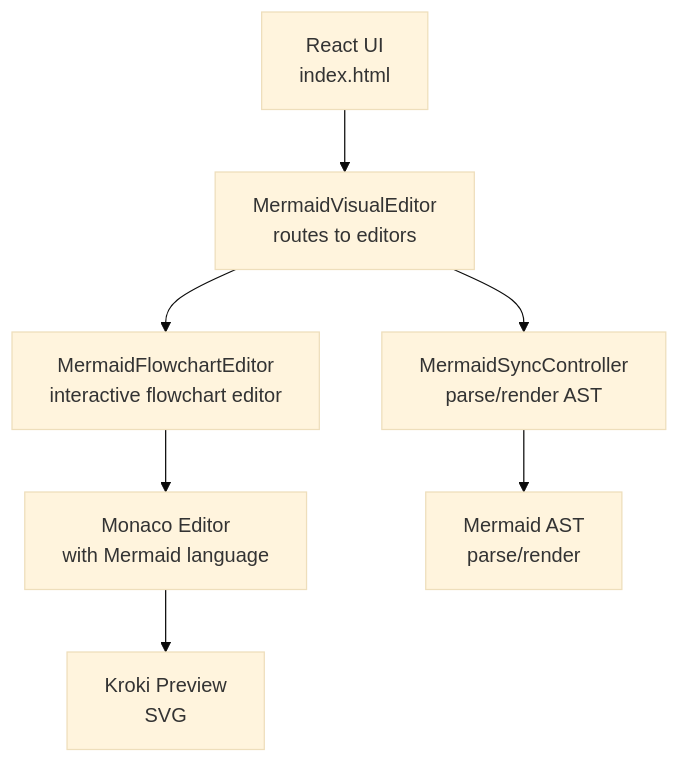
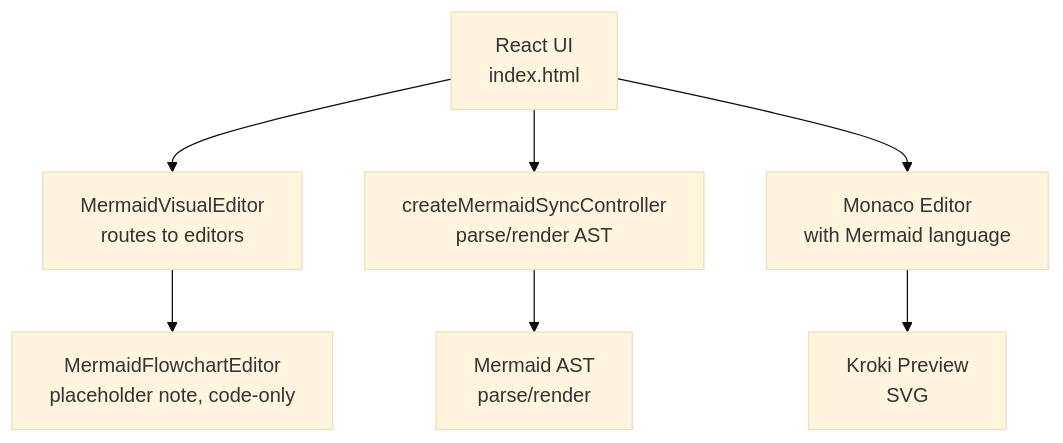
The first of 5 diagrams in .qoder/repowiki/en/content/Diagram Types and Formats/Mermaid Diagrams/Flowcharts and Flowchart Types.md (ongchonghian/universal-diagram-editor), drawn with Mermaid (base theme) before and after one commit. The commit also changed other lines of this file and 31 other files, not shown here.

````diff
--- a/.qoder/repowiki/en/content/Diagram Types and Formats/Mermaid Diagrams/Flowcharts and Flowchart Types.md
+++ b/.qoder/repowiki/en/content/Diagram Types and Formats/Mermaid Diagrams/Flowcharts and Flowchart Types.md
@@ -37,9 +36,9 @@
 ```mermaid
 graph TB
 UI["React UI<br/>index.html"] --> Editor["MermaidVisualEditor<br/>routes to editors"]
-Editor --> FlowchartEditor["MermaidFlowchartEditor<br/>interactive flowchart editor"]
-Editor --> Sync["MermaidSyncController<br/>parse/render AST"]
-FlowchartEditor --> Monaco["Monaco Editor<br/>with Mermaid language"]
+Editor --> FlowchartEditor["MermaidFlowchartEditor<br/>placeholder note, code-only"]
+UI --> Sync["createMermaidSyncController<br/>parse/render AST"]
+UI --> Monaco["Monaco Editor<br/>with Mermaid language"]
 Sync --> AST["Mermaid AST<br/>parse/render"]
 Monaco --> Preview["Kroki Preview<br/>SVG"]
 ```
````
